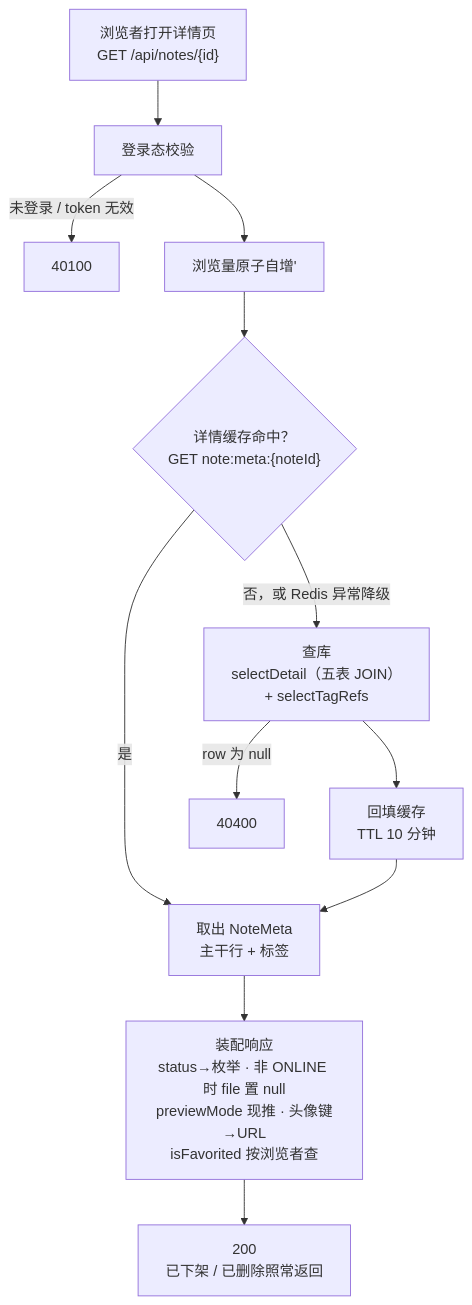
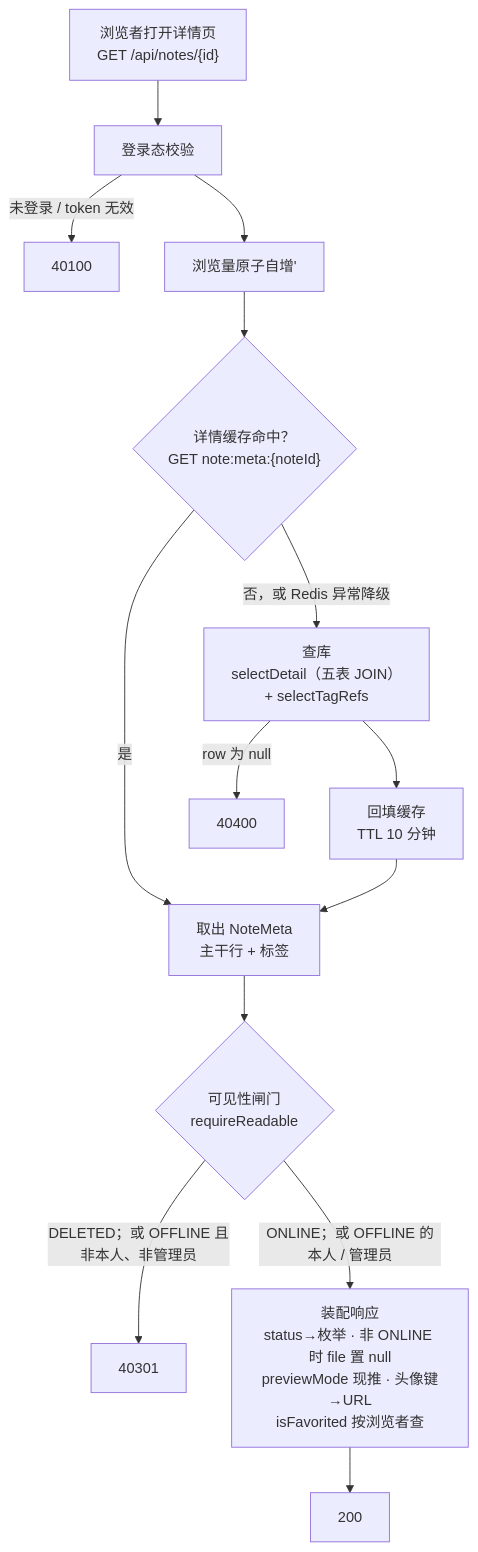
The diagram in docs/功能说明/note/笔记详情查询.md (ShiwarHoufu/jotang-note), drawn with Mermaid before and after one commit. The commit also changed other lines of this file and 5 other files, not shown here.

````diff
--- a/docs/功能说明/note/笔记详情查询.md
+++ b/docs/功能说明/note/笔记详情查询.md
@@ -21,14 +21,16 @@
 ```mermaid
 flowchart TD
     A["浏览者打开详情页<br/>GET /api/notes/{id}"] --> B["登录态校验"]
     B -->|未登录 / token 无效| E1["40100"]
     B --> C["浏览量原子自增'"]
     C --> D{"详情缓存命中？<br/>GET note:meta:{noteId}"}
     D -->|是| H["取出 NoteMeta<br/>主干行 + 标签"]
     D -->|否，或 Redis 异常降级| F["查库<br/>selectDetail（五表 JOIN）<br/>+ selectTagRefs"]
     F -->|row 为 null| E2["40400"]
     F --> G["回填缓存<br/>TTL 10 分钟"]
     G --> H
-    H --> I["装配响应<br/>status→枚举 · 非 ONLINE 时 file 置 null<br/>previewMode 现推 · 头像键→URL<br/>isFavorited 按浏览者查"]
-    I --> J["200<br/>已下架 / 已删除照常返回"]
+    H --> K{"可见性闸门<br/>requireReadable"}
+    K -->|"DELETED；或 OFFLINE 且非本人、非管理员"| E3["40301"]
+    K -->|"ONLINE；或 OFFLINE 的本人 / 管理员"| I["装配响应<br/>status→枚举 · 非 ONLINE 时 file 置 null<br/>previewMode 现推 · 头像键→URL<br/>isFavorited 按浏览者查"]
+    I --> J["200"]
 ```
````
